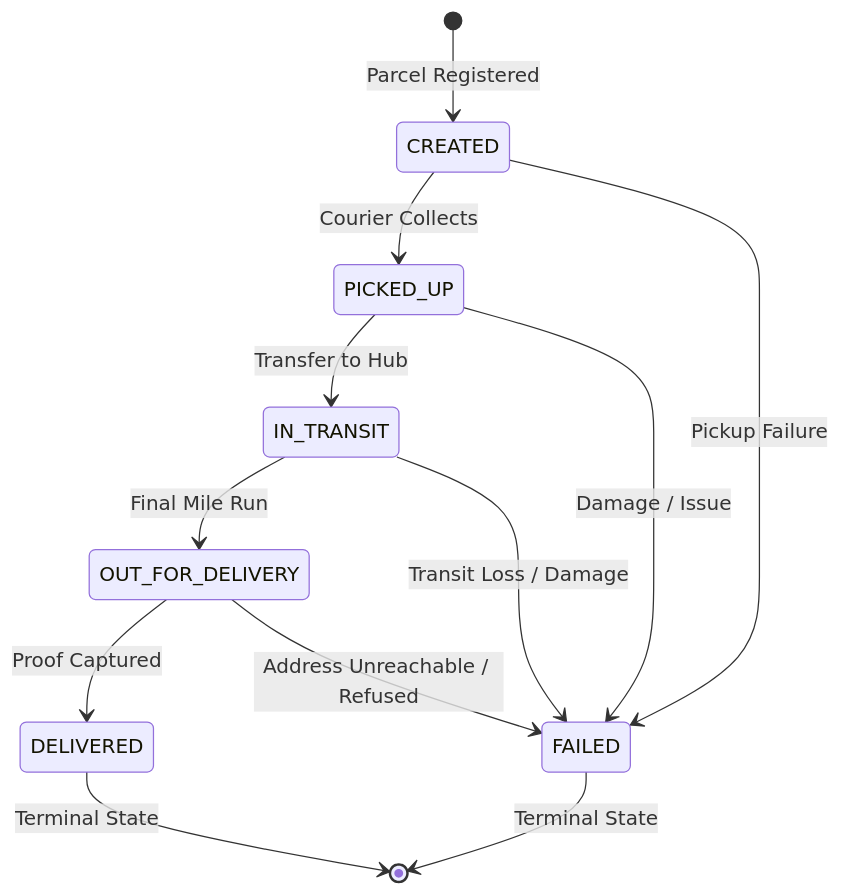
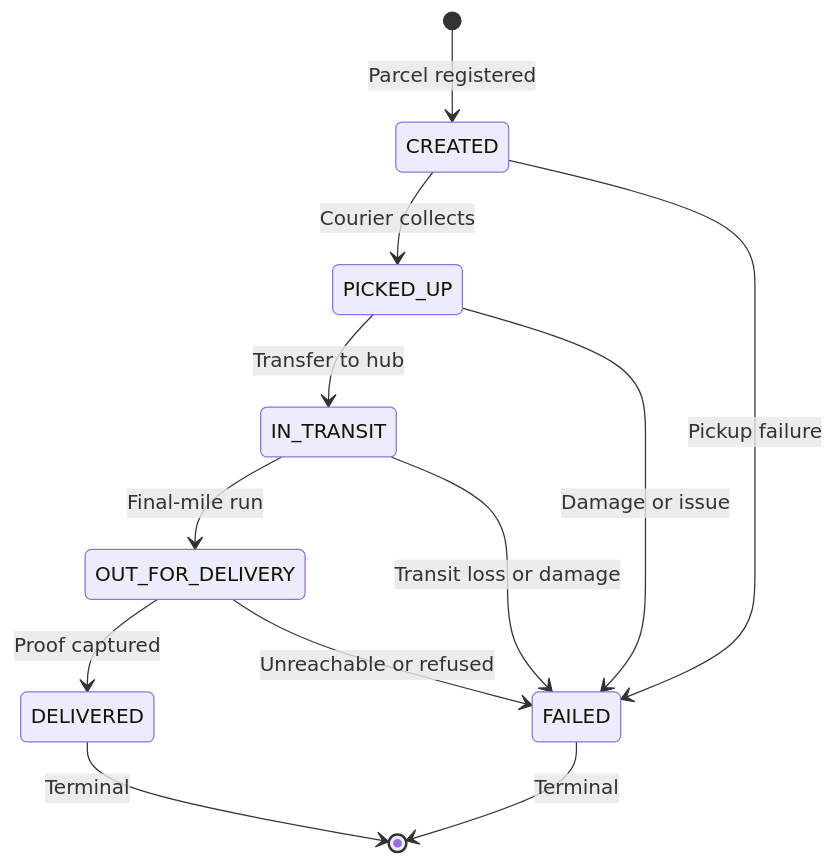
Before and after one commit to Vineth-R/swiftdrop: the diagram in docs/report/section_6_6_parcel_status_state_machine.md, drawn with Mermaid. The commit also changed other lines of this file and 6 other files, not shown here.

````diff
--- a/docs/report/section_6_6_parcel_status_state_machine.md
+++ b/docs/report/section_6_6_parcel_status_state_machine.md
@@ -7,14 +7,14 @@
 ```mermaid
 stateDiagram-v2
-    [*] --> CREATED: Parcel Registered
-    CREATED --> PICKED_UP: Courier Collects
-    CREATED --> FAILED: Pickup Failure
-    PICKED_UP --> IN_TRANSIT: Transfer to Hub
-    PICKED_UP --> FAILED: Damage / Issue
-    IN_TRANSIT --> OUT_FOR_DELIVERY: Final Mile Run
-    IN_TRANSIT --> FAILED: Transit Loss / Damage
-    OUT_FOR_DELIVERY --> DELIVERED: Proof Captured
-    OUT_FOR_DELIVERY --> FAILED: Address Unreachable / Refused
-    DELIVERED --> [*]: Terminal State
-    FAILED --> [*]: Terminal State
+    [*] --> CREATED: Parcel registered
+    CREATED --> PICKED_UP: Courier collects
+    CREATED --> FAILED: Pickup failure
+    PICKED_UP --> IN_TRANSIT: Transfer to hub
+    PICKED_UP --> FAILED: Damage or issue
+    IN_TRANSIT --> OUT_FOR_DELIVERY: Final-mile run
+    IN_TRANSIT --> FAILED: Transit loss or damage
+    OUT_FOR_DELIVERY --> DELIVERED: Proof captured
+    OUT_FOR_DELIVERY --> FAILED: Unreachable or refused
+    DELIVERED --> [*]: Terminal
+    FAILED --> [*]: Terminal
 ```
````
